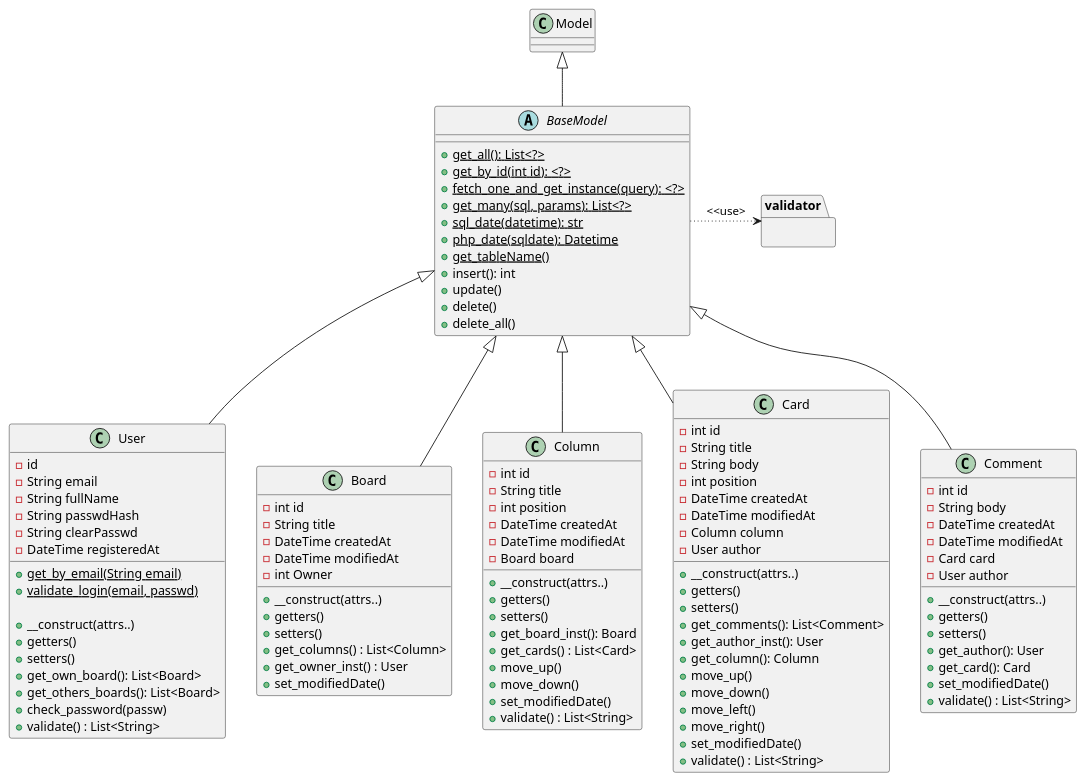
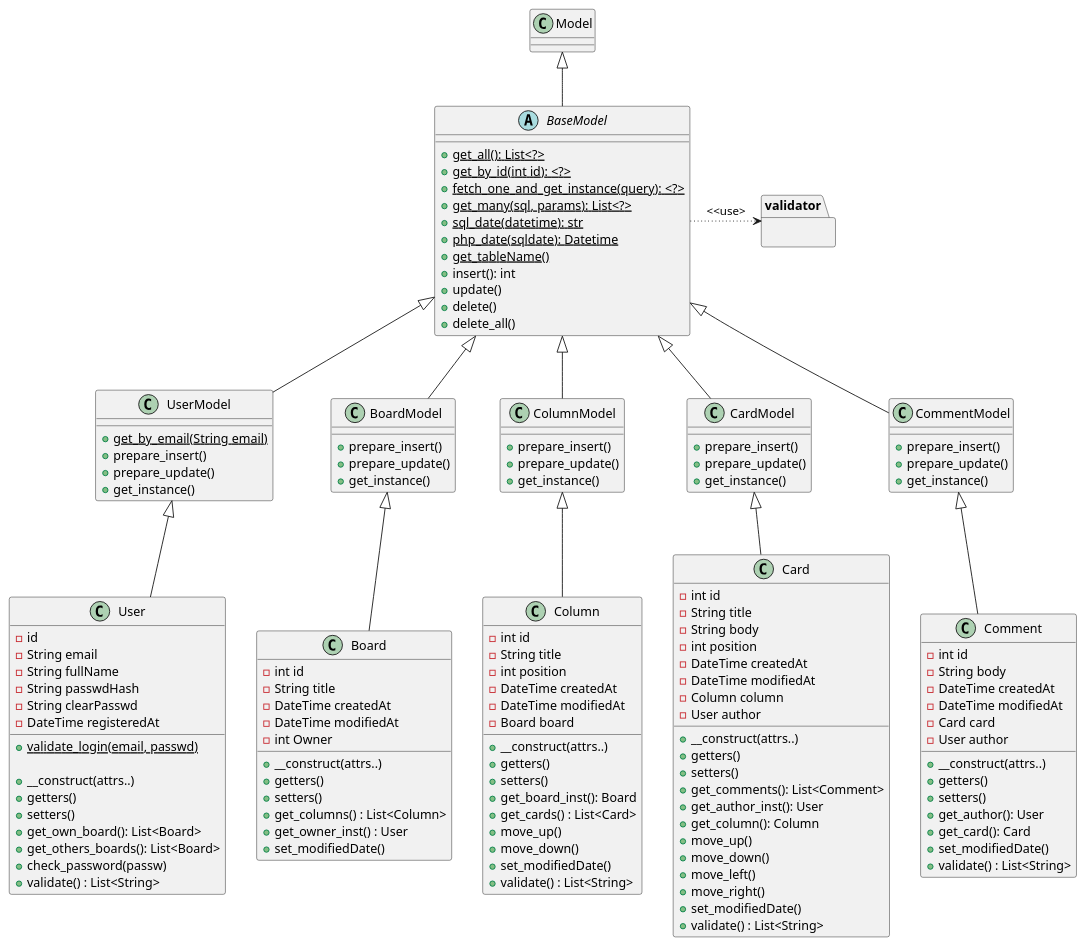
The first of 3 diagrams in analyse/Diagrammes-V1.md (etic4/mini-trello-php), drawn with PlantUML before and after one commit. The commit also changed 2 other files, not shown here.

Commit message:
Màj diagramme V1

```diff
--- a/analyse/Diagrammes-V1.md
+++ b/analyse/Diagrammes-V1.md
@@ -14,11 +14,18 @@
 Card -[hidden]r- Comment
 
 BaseModel -[dotted]r-> validator : <<use>
-User -u-|> BaseModel
-Board -u-|> BaseModel
-Column -u-|> BaseModel
-Card -u-|> BaseModel
-Comment -u-|> BaseModel
+
+User -u-|> UserModel
+Board -u-|> BoardModel
+Column -u-|> ColumnModel
+Card -u-|> CardModel
+Comment -u-|> CommentModel
+
+UserModel -u-|> BaseModel
+BoardModel -u-|> BaseModel
+ColumnModel -u-|> BaseModel
+CardModel -u-|> BaseModel
+CommentModel -u-|> BaseModel
 
 
 package validator {
@@ -40,6 +47,38 @@
     + delete_all()
 }
 
+class UserModel {
+    + {static} get_by_email(String email)
+    + prepare_insert()
+    + prepare_update()
+    + get_instance()
+}
+
+class BoardModel {
+    + prepare_insert()
+    + prepare_update()
+    + get_instance()
+}
+
+class ColumnModel {
+    + prepare_insert()
+    + prepare_update()
+    + get_instance()
+}
+
+class CardModel {
+    + prepare_insert()
+    + prepare_update()
+    + get_instance()
+}
+
+class CommentModel {
+    + prepare_insert()
+    + prepare_update()
+    + get_instance()
+}
+
+
 class User {
     - id
     - String email
@@ -48,7 +87,6 @@
     - String clearPasswd
     - DateTime registeredAt
     
-    + {static} get_by_email(String email)
     + {static} validate_login(email, passwd)
     
     + __construct(attrs..)
```
